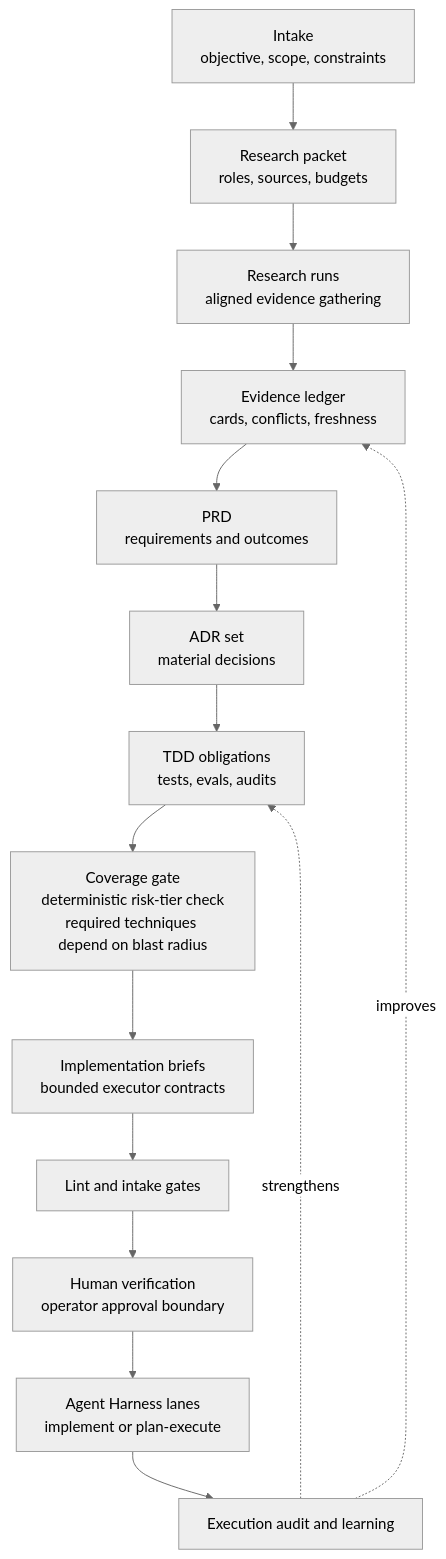
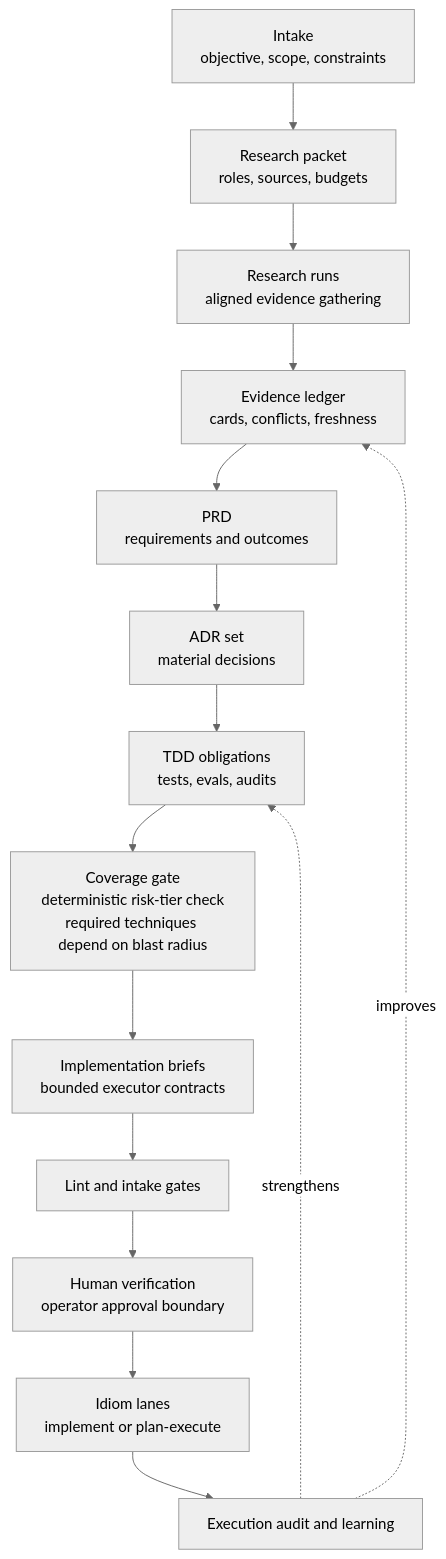
Before and after one commit to BLuchterhand/Idiom: the first of 3 diagrams in docs/obsidian-export/docs/design-prd-adr-brief-research-workflow.md, drawn with Mermaid (neutral theme). The commit also changed other lines of this file and 972 other files, not shown here.

````diff
--- a/docs/obsidian-export/docs/design-prd-adr-brief-research-workflow.md
+++ b/docs/obsidian-export/docs/design-prd-adr-brief-research-workflow.md
@@ -258,17 +343,17 @@
 ```mermaid
 flowchart TD
     Intake["Intake<br/>objective, scope, constraints"] --> ResearchPacket["Research packet<br/>roles, sources, budgets"]
     ResearchPacket --> ResearchRuns["Research runs<br/>aligned evidence gathering"]
     ResearchRuns --> EvidenceLedger["Evidence ledger<br/>cards, conflicts, freshness"]
     EvidenceLedger --> PRD["PRD<br/>requirements and outcomes"]
     PRD --> ADRs["ADR set<br/>material decisions"]
     ADRs --> TDD["TDD obligations<br/>tests, evals, audits"]
     TDD --> CoverageGate["Coverage gate<br/>deterministic risk-tier check<br/>required techniques depend on blast radius"]
     CoverageGate --> Briefs["Implementation briefs<br/>bounded executor contracts"]
     Briefs --> Gates["Lint and intake gates"]
     Gates --> HumanVerification["Human verification<br/>operator approval boundary"]
-    HumanVerification --> Lanes["Agent Harness lanes<br/>implement or plan-execute"]
+    HumanVerification --> Lanes["Idiom lanes<br/>implement or plan-execute"]
     Lanes --> Feedback["Execution audit and learning"]
     Feedback -. improves .-> EvidenceLedger
     Feedback -. strengthens .-> TDD
 ```
````
